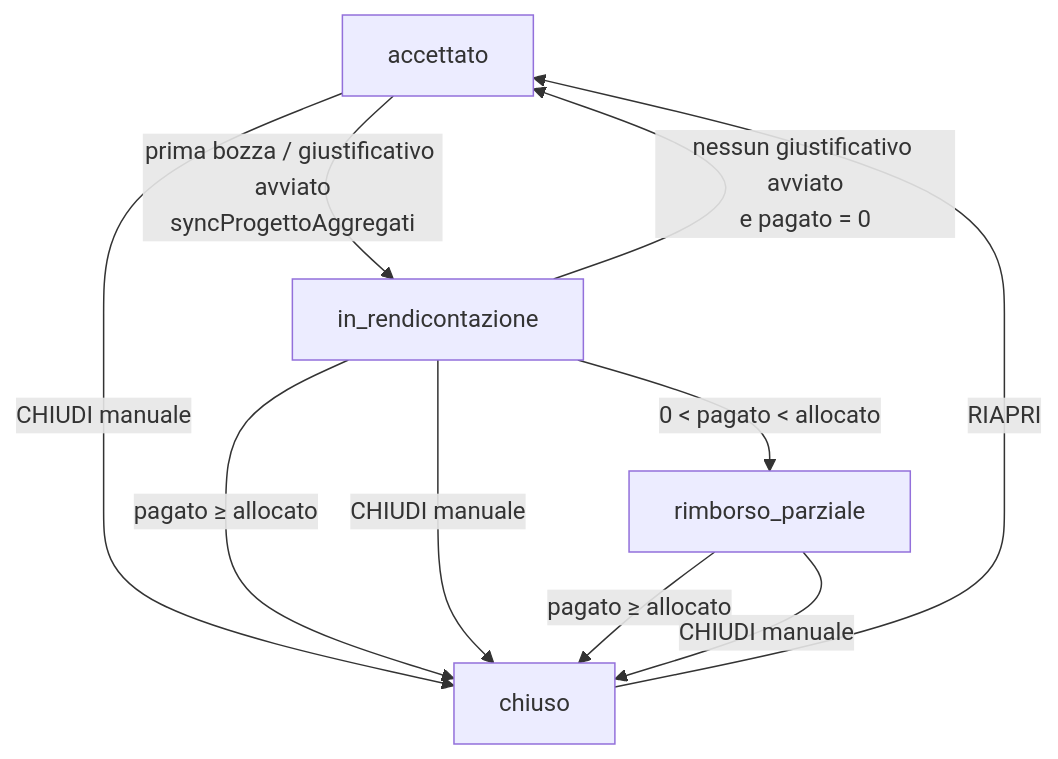
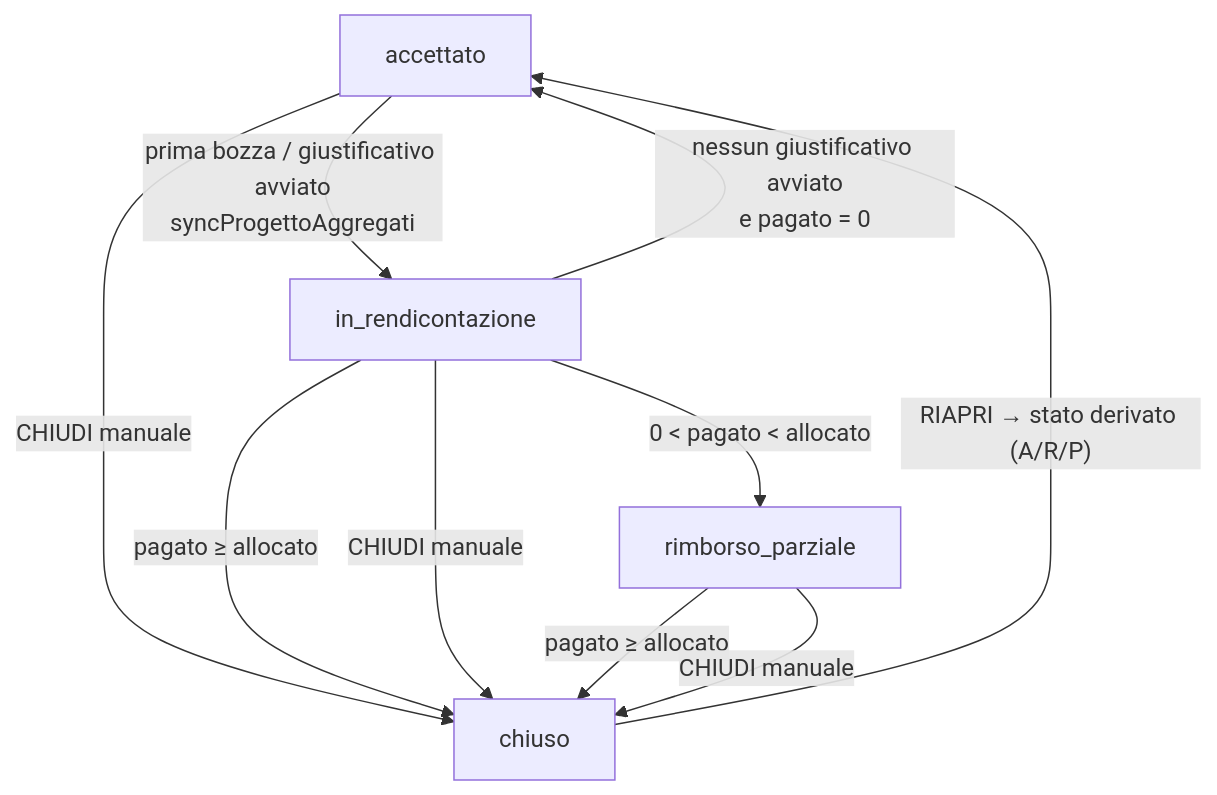
One commit to prinapo/volontari changed the second of 4 diagrams in docs/flussi-stati.md. Above: the diagram before and after it, drawn with Mermaid. The commit also changed other lines of this file and 5 other files, not shown here.

First line of the commit message:
docs: allinea documentazione e diagrammi delle macchine a stati

````diff
--- a/docs/flussi-stati.md
+++ b/docs/flussi-stati.md
@@ -128,20 +136,20 @@
 ```mermaid
 flowchart TD
     A["accettato"]
     R["in_rendicontazione"]
     P["rimborso_parziale"]
     C["chiuso"]
 
     A -->|"prima bozza / giustificativo avviato<br/>syncProgettoAggregati"| R
     A -->|"CHIUDI manuale"| C
 
     R -->|"nessun giustificativo avviato<br/>e pagato = 0"| A
     R -->|"0 &lt; pagato &lt; allocato"| P
     R -->|"pagato ≥ allocato"| C
     R -->|"CHIUDI manuale"| C
 
     P -->|"pagato ≥ allocato"| C
     P -->|"CHIUDI manuale"| C
 
-    C -->|"RIAPRI"| A
+    C -->|"RIAPRI → stato derivato (A/R/P)"| A
 ```
````
